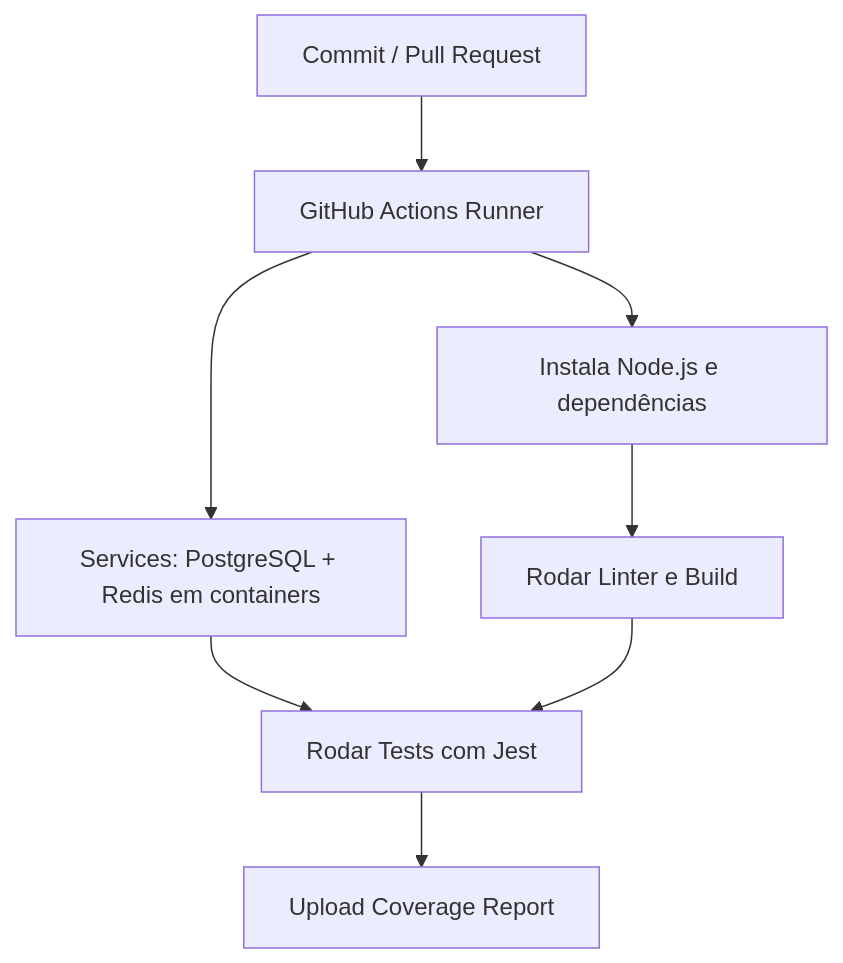
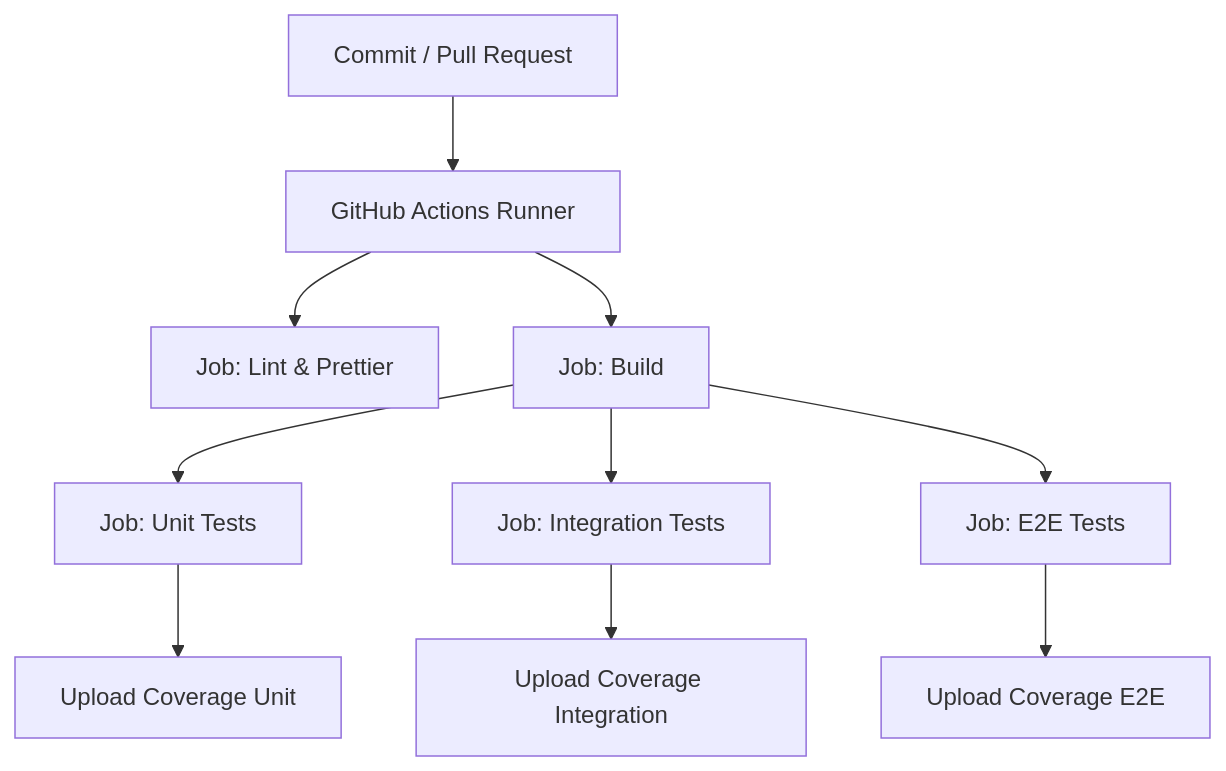
One commit to arleysouza/e2e-test changed the diagram in README.md. Above: the diagram before and after it, drawn with Mermaid. The commit also changed other lines of this file and 2 other files, not shown here.

````diff
--- a/README.md
+++ b/README.md
@@ -201,10 +184,12 @@
 ```mermaid
 flowchart TD
     A[Commit / Pull Request] --> B[GitHub Actions Runner]
-    B --> C[Instala Node.js e dependências]
-    B --> D[Services: PostgreSQL + Redis em containers]
-    C --> E[Rodar Linter e Build]
-    D --> F[Rodar Tests com Jest]
-    E --> F
-    F --> G[Upload Coverage Report]
+    B --> C[Job: Lint & Prettier]
+    B --> D[Job: Build]
+    D --> E[Job: Unit Tests]
+    D --> F[Job: Integration Tests]
+    D --> G[Job: E2E Tests]
+    E --> H[Upload Coverage Unit]
+    F --> I[Upload Coverage Integration]
+    G --> J[Upload Coverage E2E]
 ```
````
